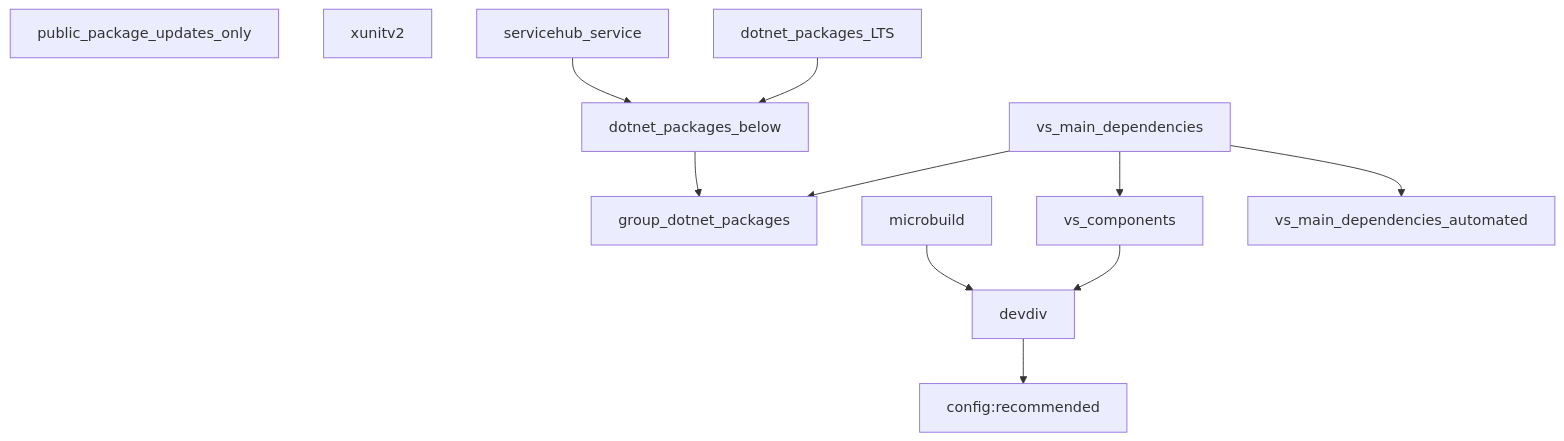
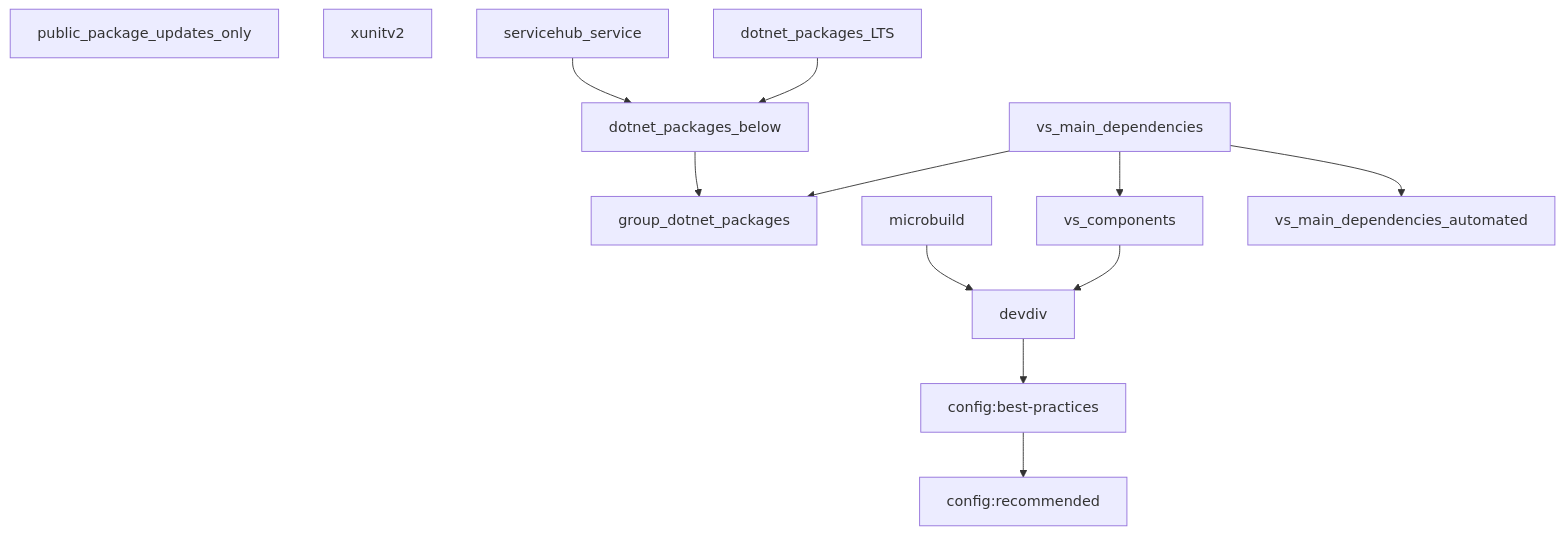
Before and after one commit to microsoft/vs-renovate-presets: the diagram in README.md, drawn with Mermaid. The commit also changed 1 other file, not shown here.

Commit message:
Derive all presets from `config:best-practices`

````diff
--- a/README.md
+++ b/README.md
@@ -10,14 +10,15 @@
 ```mermaid
 flowchart TD
-    devdiv --> configRecommended["config:recommended"]
+    configBestPractices --> configRecommended["config:recommended"]
+    devdiv --> configBestPractices["config:best-practices"]
     dotnet_packages_below --> group_dotnet_packages
     microbuild --> devdiv
     vs_components --> devdiv
     vs_main_dependencies --> vs_components
     vs_main_dependencies --> group_dotnet_packages
     vs_main_dependencies --> vs_main_dependencies_automated
     public_package_updates_only
     xunitv2
     servicehub_service --> dotnet_packages_below
     dotnet_packages_LTS --> dotnet_packages_below
 ```
````
